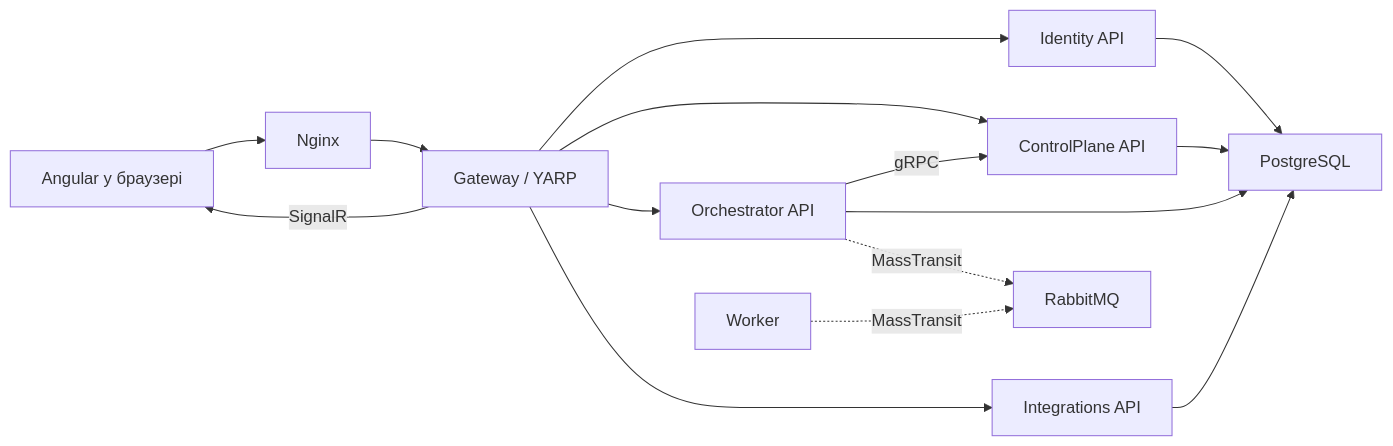
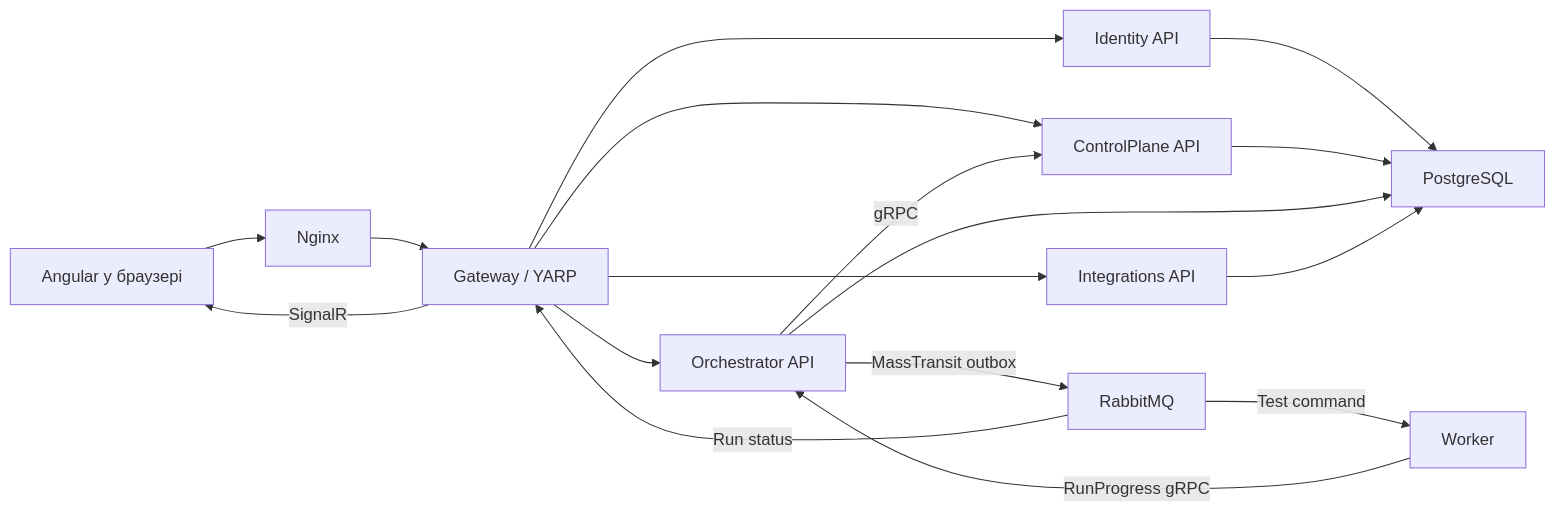
One commit to SqeeZarion/AiControlCenter changed the diagram in README.md. Above: the diagram before and after it, drawn with Mermaid. The commit also changed other lines of this file and 133 other files, not shown here.

````diff
--- a/README.md
+++ b/README.md
@@ -17,17 +17,19 @@
 ```mermaid
 flowchart LR
     Browser["Angular у браузері"] --> Nginx["Nginx"]
     Nginx --> Gateway["Gateway / YARP"]
     Gateway --> Identity["Identity API"]
     Gateway --> ControlPlane["ControlPlane API"]
     Gateway --> Orchestrator["Orchestrator API"]
     Gateway --> Integrations["Integrations API"]
     Orchestrator -->|"gRPC"| ControlPlane
-    Orchestrator -.->|"MassTransit"| RabbitMQ["RabbitMQ"]
-    Worker -.->|"MassTransit"| RabbitMQ
+    Orchestrator -->|"MassTransit outbox"| RabbitMQ["RabbitMQ"]
+    RabbitMQ -->|"Test command"| Worker
+    Worker -->|"RunProgress gRPC"| Orchestrator
+    RabbitMQ -->|"Run status"| Gateway
     Identity --> PostgreSQL["PostgreSQL"]
     ControlPlane --> PostgreSQL
     Orchestrator --> PostgreSQL
     Integrations --> PostgreSQL
     Gateway -->|"SignalR"| Browser
 ```
````
